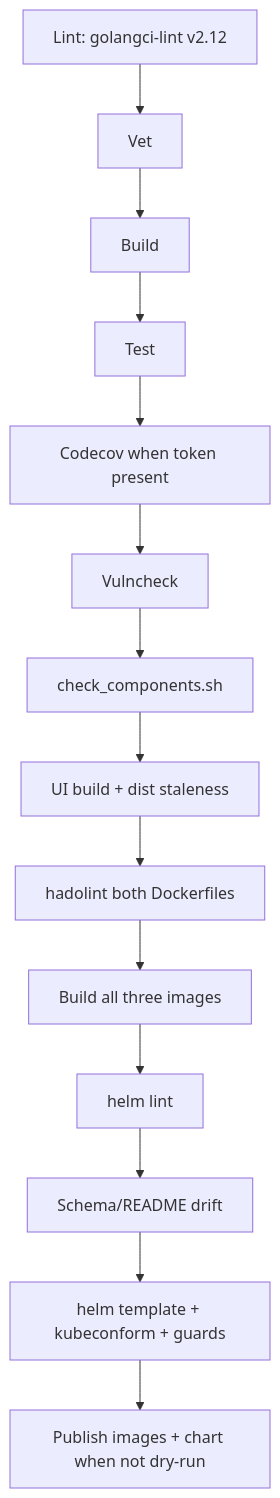
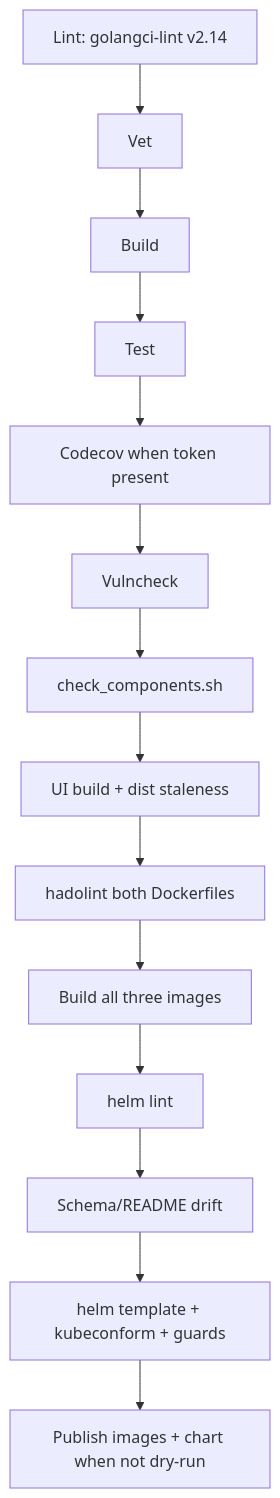
One commit to webcenter-fr/go-mcp-platform changed the second of 3 diagrams in docs/design/02-deployment-and-ci.en.md. Above: the diagram before and after it, drawn with Mermaid. The commit also changed other lines of this file and 9 other files, not shown here.

````diff
--- a/docs/design/02-deployment-and-ci.en.md
+++ b/docs/design/02-deployment-and-ci.en.md
@@ -119,16 +119,16 @@
 ```mermaid
 graph TD
-  lint[Lint: golangci-lint v2.12] --> vet[Vet]
+  lint[Lint: golangci-lint v2.14] --> vet[Vet]
   vet --> build[Build]
   build --> test[Test]
   test --> codecov[Codecov when token present]
   codecov --> vuln[Vulncheck]
   vuln --> components[check_components.sh]
   components --> ui[UI build + dist staleness]
   ui --> lintImages[hadolint both Dockerfiles]
   lintImages --> images[Build all three images]
   images --> helmLint[helm lint]
   helmLint --> helmDrift[Schema/README drift]
   helmDrift --> helmTemplate[helm template + kubeconform + guards]
   helmTemplate --> publish[Publish images + chart when not dry-run]
 ```
````
